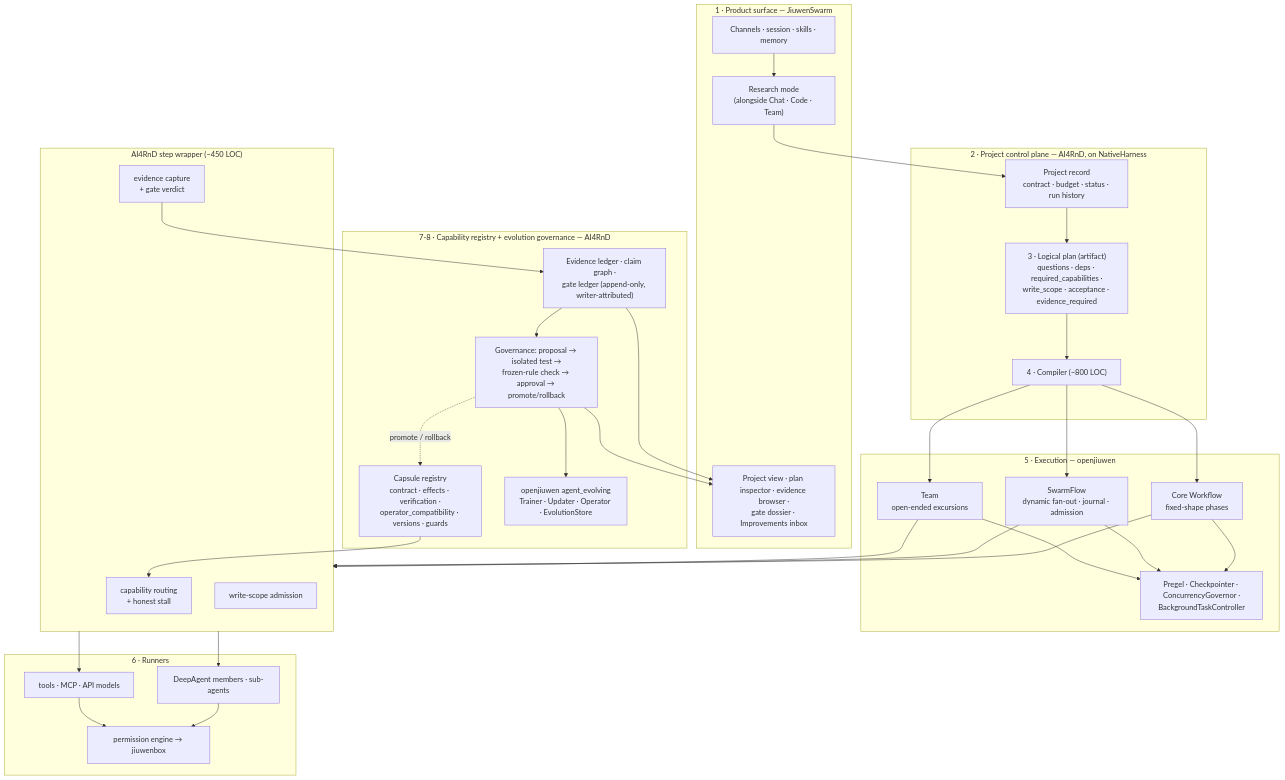
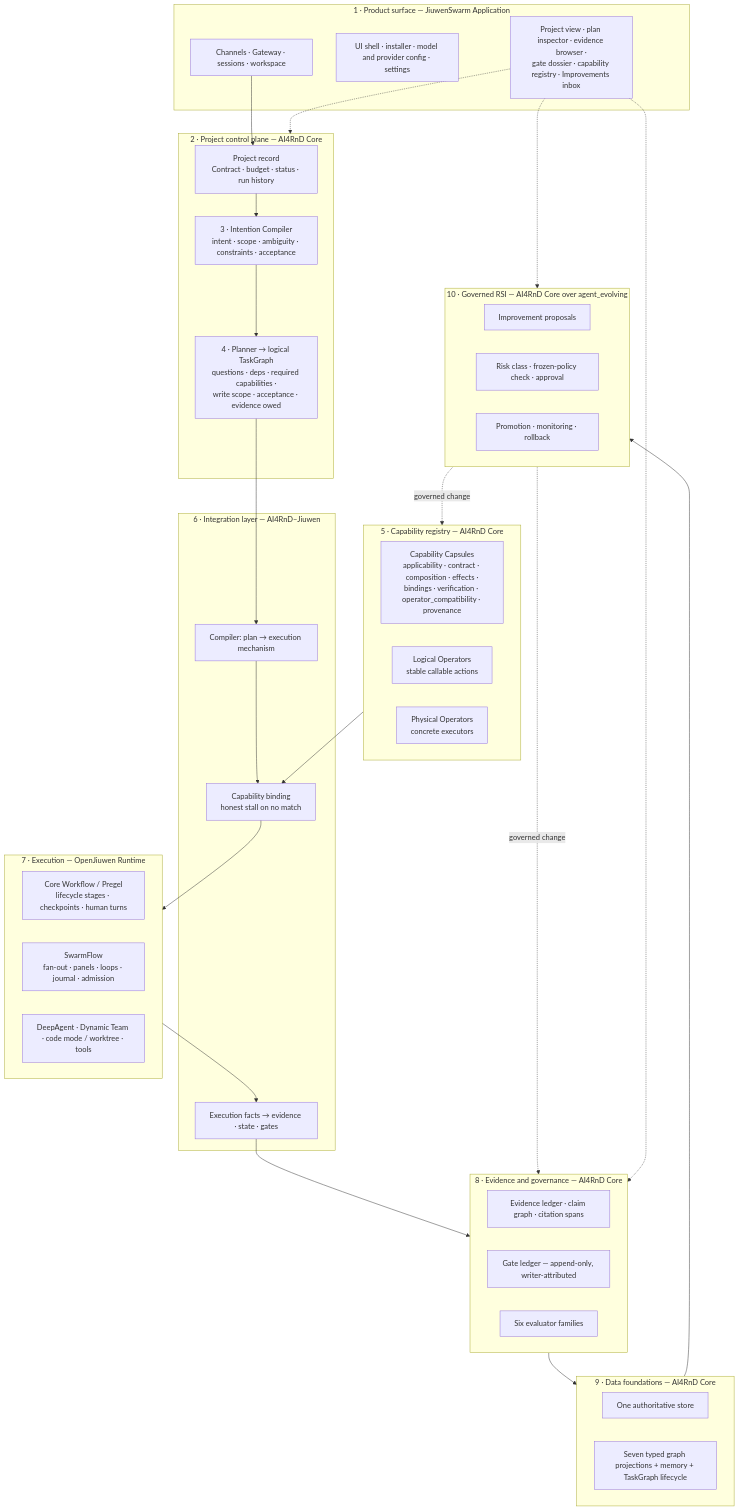
Before and after one commit to suraj-subrahmanyan/jiuwenswarm: the first of 2 diagrams in docs/analysis/ai4rnd-jiuwenswarm/08-recommended-architecture.md, drawn with Mermaid. The commit also changed other lines of this file and 48 other files, not shown here.

````diff
--- a/docs/analysis/ai4rnd-jiuwenswarm/08-recommended-architecture.md
+++ b/docs/analysis/ai4rnd-jiuwenswarm/08-recommended-architecture.md
@@ -14,55 +23,61 @@
 ```mermaid
 flowchart TB
-    subgraph SURF["1 · Product surface — JiuwenSwarm"]
-        MODE["Research mode<br/>(alongside Chat · Code · Team)"]
-        CHAN["Channels · session · skills · memory"]
-        VIEWS["Project view · plan inspector · evidence browser ·<br/>gate dossier · Improvements inbox"]
+    subgraph SURF["1 · Product surface — JiuwenSwarm Application"]
+        CHAN["Channels · Gateway · sessions · workspace"]
+        SHELL["UI shell · installer · model and provider config · settings"]
+        VIEWS["Project view · plan inspector · evidence browser ·<br/>gate dossier · capability registry · Improvements inbox"]
     end
 
-    subgraph PROJ["2 · Project control plane — AI4RnD, on NativeHarness"]
-        PREC["Project record<br/>contract · budget · status · run history"]
-        PLAN["3 · Logical plan (artifact)<br/>questions · deps · required_capabilities ·<br/>write_scope · acceptance · evidence_required"]
-        COMP["4 · Compiler (~800 LOC)"]
+    subgraph PROJ["2 · Project control plane — AI4RnD Core"]
+        PREC["Project record<br/>Contract · budget · status · run history"]
+        IC["3 · Intention Compiler<br/>intent · scope · ambiguity · constraints · acceptance"]
+        PLAN["4 · Planner → logical TaskGraph<br/>questions · deps · required capabilities ·<br/>write scope · acceptance · evidence owed"]
     end
 
-    subgraph EXEC["5 · Execution — openjiuwen"]
-        CW["Core Workflow<br/>fixed-shape phases"]
-        SF["SwarmFlow<br/>dynamic fan-out · journal · admission"]
-        TM["Team<br/>open-ended excursions"]
-        RT["Pregel · Checkpointer · ConcurrencyGovernor ·<br/>BackgroundTaskController"]
+    subgraph REG["5 · Capability registry — AI4RnD Core"]
+        CAPS["Capability Capsules<br/>applicability · contract · composition · effects ·<br/>bindings · verification · operator_compatibility · provenance"]
+        LOP["Logical Operators<br/>stable callable actions"]
+        POP["Physical Operators<br/>concrete executors"]
     end
 
-    subgraph WRAP["AI4RnD step wrapper (~450 LOC)"]
-        ROUTE["capability routing<br/>+ honest stall"]
-        SCOPE["write-scope admission"]
-        CAP["evidence capture<br/>+ gate verdict"]
+    subgraph INT["6 · Integration layer — AI4RnD–Jiuwen"]
+        COMP["Compiler: plan → execution mechanism"]
+        BIND["Capability binding<br/>honest stall on no match"]
+        FACT["Execution facts → evidence · state · gates"]
     end
 
-    subgraph RUN["6 · Runners"]
-        MEM["DeepAgent members · sub-agents"]
-        TOOL["tools · MCP · API models"]
-        PERM["permission engine → jiuwenbox"]
+    subgraph EXEC["7 · Execution — OpenJiuwen Runtime"]
+        CW["Core Workflow / Pregel<br/>lifecycle stages · checkpoints · human turns"]
+        SF["SwarmFlow<br/>fan-out · panels · loops · journal · admission"]
+        DA["DeepAgent · Dynamic Team · code mode / worktree · tools"]
     end
 
-    subgraph GOV["7-8 · Capability registry + evolution governance — AI4RnD"]
-        REG["Capsule registry<br/>contract · effects · verification ·<br/>operator_compatibility · versions · guards"]
-        LED["Evidence ledger · claim graph ·<br/>gate ledger (append-only, writer-attributed)"]
-        EVO["Governance: proposal → isolated test →<br/>frozen-rule check → approval → promote/rollback"]
-        OJE["openjiuwen agent_evolving<br/>Trainer · Updater · Operator · EvolutionStore"]
+    subgraph GOV["8 · Evidence and governance — AI4RnD Core"]
+        EV["Evidence ledger · claim graph · citation spans"]
+        GATE["Gate ledger — append-only, writer-attributed"]
+        EVAL["Six evaluator families"]
     end
 
-    MODE --> PREC --> PLAN --> COMP
-    CHAN --> MODE
-    COMP --> CW & SF & TM
-    CW & SF & TM --> RT
-    CW & SF & TM --> WRAP
-    REG --> ROUTE
-    WRAP --> MEM & TOOL
-    MEM & TOOL --> PERM
-    CAP --> LED
-    LED --> EVO
-    EVO --> OJE
-    EVO -.->|promote / rollback| REG
-    LED --> VIEWS
-    EVO --> VIEWS
+    subgraph DATA["9 · Data foundations — AI4RnD Core"]
+        STORE["One authoritative store"]
+        PROJ7["Seven typed graph projections + memory + TaskGraph lifecycle"]
+    end
+
+    subgraph RSI["10 · Governed RSI — AI4RnD Core over agent_evolving"]
+        PROP["Improvement proposals"]
+        APPR["Risk class · frozen-policy check · approval"]
+        ROLL["Promotion · monitoring · rollback"]
+    end
+
+    CHAN --> PREC --> IC --> PLAN --> COMP
+    REG --> BIND
+    COMP --> BIND --> EXEC
+    EXEC --> FACT --> GOV
+    GOV --> DATA
+    DATA --> RSI
+    RSI -.->|governed change| REG
+    RSI -.->|governed change| GOV
+    VIEWS -.-> PROJ
+    VIEWS -.-> GOV
+    VIEWS -.-> RSI
 ```
````
